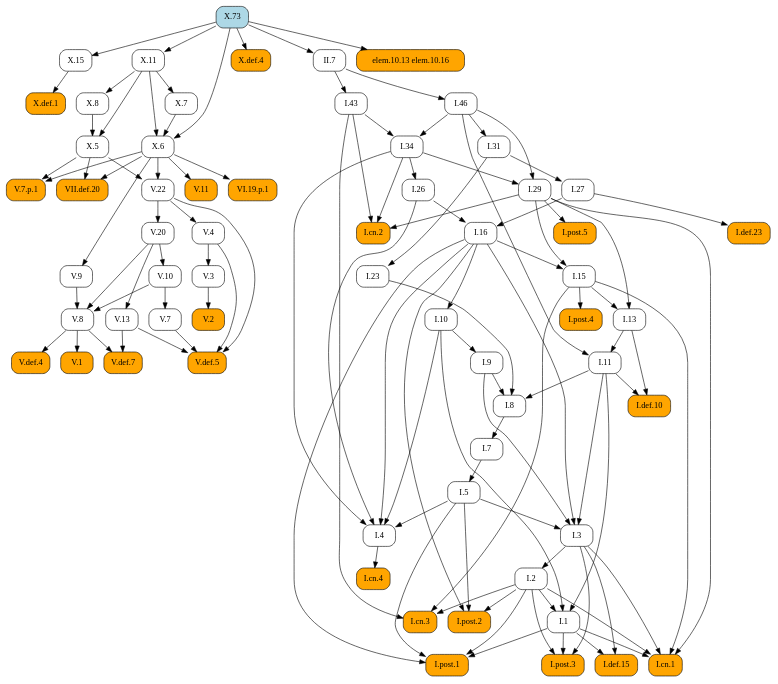
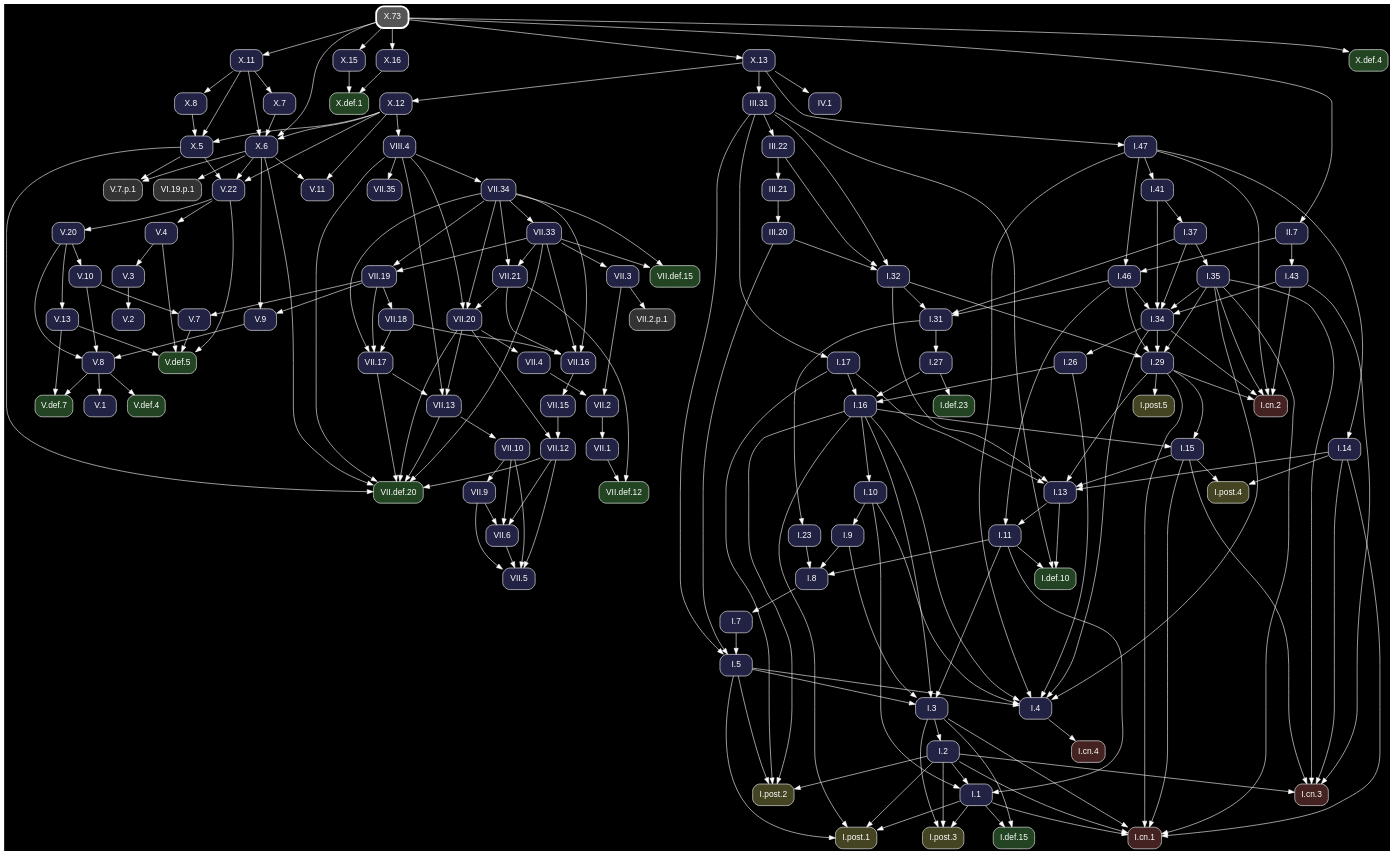
One commit to geometor/elements changed the diagram in docsrc/heath/X/73/index.rst. Above: the diagram before and after it, drawn with Graphviz. The commit also changed other lines of this file and 1200 other files, not shown here.

Commit message:
update dependency graphs

```diff
--- a/docsrc/heath/X/73/index.rst
+++ b/docsrc/heath/X/73/index.rst
@@ -38,175 +38,313 @@
 .. graphviz::
 
    digraph {
+     bgcolor="black";
+     node [shape=box, style="rounded,filled", fontname="Helvetica", color="white", fontcolor="white"];
+     edge [color="white", fontcolor="white"];
      rankdir="TB";
-     node [shape=box, style=rounded];
-     "I.23" [URL="/heath/I/23/", target="_top"];
-     "X.15" [URL="/heath/X/15/", target="_top"];
-     "I.9" [URL="/heath/I/9/", target="_top"];
-     "X.11" [URL="/heath/X/11/", target="_top"];
-     "I.def.15" [style="rounded,filled", fillcolor=orange, URL="/heath/I/def.15/", target="_top"];
-     "V.13" [URL="/heath/V/13/", target="_top"];
-     "V.7" [URL="/heath/V/7/", target="_top"];
-     "V.7.p.1" [style="rounded,filled", fillcolor=orange];
-     "X.8" [URL="/heath/X/8/", target="_top"];
-     "I.post.3" [style="rounded,filled", fillcolor=orange, URL="/heath/I/post.3/", target="_top"];
-     "I.post.1" [style="rounded,filled", fillcolor=orange, URL="/heath/I/post.1/", target="_top"];
-     "V.def.5" [style="rounded,filled", fillcolor=orange, URL="/heath/V/def.5/", target="_top"];
-     "I.43" [URL="/heath/I/43/", target="_top"];
-     "X.6" [URL="/heath/X/6/", target="_top"];
-     "V.9" [URL="/heath/V/9/", target="_top"];
-     "I.31" [URL="/heath/I/31/", target="_top"];
-     "I.def.10" [style="rounded,filled", fillcolor=orange, URL="/heath/I/def.10/", target="_top"];
-     "V.10" [URL="/heath/V/10/", target="_top"];
-     "V.4" [URL="/heath/V/4/", target="_top"];
-     "X.def.4" [style="rounded,filled", fillcolor=orange, URL="/heath/X/def.4/", target="_top"];
-     "V.20" [URL="/heath/V/20/", target="_top"];
-     "I.27" [URL="/heath/I/27/", target="_top"];
-     "V.11" [style="rounded,filled", fillcolor=orange, URL="/heath/V/11/", target="_top"];
-     "II.7" [URL="/heath/II/7/", target="_top"];
-     "I.34" [URL="/heath/I/34/", target="_top"];
-     "VII.def.20" [style="rounded,filled", fillcolor=orange, URL="/heath/VII/def.20/", target="_top"];
-     "I.3" [URL="/heath/I/3/", target="_top"];
-     "V.def.4" [style="rounded,filled", fillcolor=orange, URL="/heath/V/def.4/", target="_top"];
-     "elem.10.13 elem.10.16" [style="rounded,filled", fillcolor=orange];
-     "V.2" [style="rounded,filled", fillcolor=orange, URL="/heath/V/2/", target="_top"];
-     "I.cn.1" [style="rounded,filled", fillcolor=orange, URL="/heath/I/cn.1/", target="_top"];
-     "V.def.7" [style="rounded,filled", fillcolor=orange, URL="/heath/V/def.7/", target="_top"];
-     "I.7" [URL="/heath/I/7/", target="_top"];
-     "I.2" [URL="/heath/I/2/", target="_top"];
-     "X.73" [style="rounded,filled", fillcolor=lightblue, URL="/heath/X/73/", target="_top"];
-     "V.3" [URL="/heath/V/3/", target="_top"];
-     "I.13" [URL="/heath/I/13/", target="_top"];
-     "I.post.4" [style="rounded,filled", fillcolor=orange, URL="/heath/I/post.4/", target="_top"];
-     "X.def.1" [style="rounded,filled", fillcolor=orange, URL="/heath/X/def.1/", target="_top"];
-     "I.4" [URL="/heath/I/4/", target="_top"];
-     "I.1" [URL="/heath/I/1/", target="_top"];
-     "X.5" [URL="/heath/X/5/", target="_top"];
-     "I.5" [URL="/heath/I/5/", target="_top"];
-     "I.8" [URL="/heath/I/8/", target="_top"];
-     "VI.19.p.1" [style="rounded,filled", fillcolor=orange];
-     "I.cn.3" [style="rounded,filled", fillcolor=orange, URL="/heath/I/cn.3/", target="_top"];
-     "I.29" [URL="/heath/I/29/", target="_top"];
-     "I.16" [URL="/heath/I/16/", target="_top"];
-     "V.8" [URL="/heath/V/8/", target="_top"];
-     "X.7" [URL="/heath/X/7/", target="_top"];
-     "I.15" [URL="/heath/I/15/", target="_top"];
-     "V.22" [URL="/heath/V/22/", target="_top"];
-     "I.11" [URL="/heath/I/11/", target="_top"];
-     "V.1" [style="rounded,filled", fillcolor=orange, URL="/heath/V/1/", target="_top"];
-     "I.def.23" [style="rounded,filled", fillcolor=orange, URL="/heath/I/def.23/", target="_top"];
-     "I.10" [URL="/heath/I/10/", target="_top"];
-     "I.cn.2" [style="rounded,filled", fillcolor=orange, URL="/heath/I/cn.2/", target="_top"];
-     "I.post.5" [style="rounded,filled", fillcolor=orange, URL="/heath/I/post.5/", target="_top"];
-     "I.cn.4" [style="rounded,filled", fillcolor=orange, URL="/heath/I/cn.4/", target="_top"];
-     "I.post.2" [style="rounded,filled", fillcolor=orange, URL="/heath/I/post.2/", target="_top"];
-     "I.46" [URL="/heath/I/46/", target="_top"];
-     "I.26" [URL="/heath/I/26/", target="_top"];
-     "I.31" -> "I.23";
+     "VII.33" [fillcolor="#222244", URL="/heath/VII/33/", target="_top"];
+     "X.6" [fillcolor="#222244", URL="/heath/X/6/", target="_top"];
+     "I.32" [fillcolor="#222244", URL="/heath/I/32/", target="_top"];
+     "VII.18" [fillcolor="#222244", URL="/heath/VII/18/", target="_top"];
+     "I.cn.1" [fillcolor="#442222", URL="/heath/I/cn.1/", target="_top"];
+     "VII.2" [fillcolor="#222244", URL="/heath/VII/2/", target="_top"];
+     "X.15" [fillcolor="#222244", URL="/heath/X/15/", target="_top"];
+     "I.27" [fillcolor="#222244", URL="/heath/I/27/", target="_top"];
+     "I.2" [fillcolor="#222244", URL="/heath/I/2/", target="_top"];
+     "I.41" [fillcolor="#222244", URL="/heath/I/41/", target="_top"];
+     "I.43" [fillcolor="#222244", URL="/heath/I/43/", target="_top"];
+     "I.post.4" [fillcolor="#444422", URL="/heath/I/post.4/", target="_top"];
+     "X.16" [fillcolor="#222244", URL="/heath/X/16/", target="_top"];
+     "II.7" [fillcolor="#222244", URL="/heath/II/7/", target="_top"];
+     "VII.4" [fillcolor="#222244", URL="/heath/VII/4/", target="_top"];
+     "I.26" [fillcolor="#222244", URL="/heath/I/26/", target="_top"];
+     "I.8" [fillcolor="#222244", URL="/heath/I/8/", target="_top"];
+     "V.4" [fillcolor="#222244", URL="/heath/V/4/", target="_top"];
+     "VII.9" [fillcolor="#222244", URL="/heath/VII/9/", target="_top"];
+     "I.7" [fillcolor="#222244", URL="/heath/I/7/", target="_top"];
+     "I.5" [fillcolor="#222244", URL="/heath/I/5/", target="_top"];
+     "VII.17" [fillcolor="#222244", URL="/heath/VII/17/", target="_top"];
+     "V.11" [fillcolor="#222244", URL="/heath/V/11/", target="_top"];
+     "V.def.4" [fillcolor="#224422", URL="/heath/V/def.4/", target="_top"];
+     "V.20" [fillcolor="#222244", URL="/heath/V/20/", target="_top"];
+     "X.73" [penwidth=3, color="white", fillcolor="#555555", URL="/heath/X/73/", target="_top"];
+     "VII.5" [fillcolor="#222244", URL="/heath/VII/5/", target="_top"];
+     "VII.34" [fillcolor="#222244", URL="/heath/VII/34/", target="_top"];
+     "X.5" [fillcolor="#222244", URL="/heath/X/5/", target="_top"];
+     "I.11" [fillcolor="#222244", URL="/heath/I/11/", target="_top"];
+     "I.37" [fillcolor="#222244", URL="/heath/I/37/", target="_top"];
+     "I.cn.3" [fillcolor="#442222", URL="/heath/I/cn.3/", target="_top"];
+     "III.21" [fillcolor="#222244", URL="/heath/III/21/", target="_top"];
+     "I.post.2" [fillcolor="#444422", URL="/heath/I/post.2/", target="_top"];
+     "VII.6" [fillcolor="#222244", URL="/heath/VII/6/", target="_top"];
+     "VII.16" [fillcolor="#222244", URL="/heath/VII/16/", target="_top"];
+     "VII.15" [fillcolor="#222244", URL="/heath/VII/15/", target="_top"];
+     "I.def.23" [fillcolor="#224422", URL="/heath/I/def.23/", target="_top"];
+     "X.8" [fillcolor="#222244", URL="/heath/X/8/", target="_top"];
+     "I.35" [fillcolor="#222244", URL="/heath/I/35/", target="_top"];
+     "VII.def.12" [fillcolor="#224422", URL="/heath/VII/def.12/", target="_top"];
+     "I.post.3" [fillcolor="#444422", URL="/heath/I/post.3/", target="_top"];
+     "V.13" [fillcolor="#222244", URL="/heath/V/13/", target="_top"];
+     "III.31" [fillcolor="#222244", URL="/heath/III/31/", target="_top"];
+     "VII.19" [fillcolor="#222244", URL="/heath/VII/19/", target="_top"];
+     "V.8" [fillcolor="#222244", URL="/heath/V/8/", target="_top"];
+     "III.20" [fillcolor="#222244", URL="/heath/III/20/", target="_top"];
+     "VII.3" [fillcolor="#222244", URL="/heath/VII/3/", target="_top"];
+     "VII.35" [fillcolor="#222244", URL="/heath/VII/35/", target="_top"];
+     "V.10" [fillcolor="#222244", URL="/heath/V/10/", target="_top"];
+     "I.17" [fillcolor="#222244", URL="/heath/I/17/", target="_top"];
+     "V.def.5" [fillcolor="#224422", URL="/heath/V/def.5/", target="_top"];
+     "V.22" [fillcolor="#222244", URL="/heath/V/22/", target="_top"];
+     "I.31" [fillcolor="#222244", URL="/heath/I/31/", target="_top"];
+     "I.3" [fillcolor="#222244", URL="/heath/I/3/", target="_top"];
+     "I.def.10" [fillcolor="#224422", URL="/heath/I/def.10/", target="_top"];
+     "I.15" [fillcolor="#222244", URL="/heath/I/15/", target="_top"];
+     "VII.def.20" [fillcolor="#224422", URL="/heath/VII/def.20/", target="_top"];
+     "X.11" [fillcolor="#222244", URL="/heath/X/11/", target="_top"];
+     "I.13" [fillcolor="#222244", URL="/heath/I/13/", target="_top"];
+     "X.7" [fillcolor="#222244", URL="/heath/X/7/", target="_top"];
+     "X.def.4" [fillcolor="#224422", URL="/heath/X/def.4/", target="_top"];
+     "I.cn.2" [fillcolor="#442222", URL="/heath/I/cn.2/", target="_top"];
+     "VII.1" [fillcolor="#222244", URL="/heath/VII/1/", target="_top"];
+     "I.9" [fillcolor="#222244", URL="/heath/I/9/", target="_top"];
+     "VII.13" [fillcolor="#222244", URL="/heath/VII/13/", target="_top"];
+     "VI.19.p.1" [fillcolor="#333333"];
+     "I.1" [fillcolor="#222244", URL="/heath/I/1/", target="_top"];
+     "I.post.5" [fillcolor="#444422", URL="/heath/I/post.5/", target="_top"];
+     "I.23" [fillcolor="#222244", URL="/heath/I/23/", target="_top"];
+     "I.4" [fillcolor="#222244", URL="/heath/I/4/", target="_top"];
+     "VII.21" [fillcolor="#222244", URL="/heath/VII/21/", target="_top"];
+     "X.13" [fillcolor="#222244", URL="/heath/X/13/", target="_top"];
+     "V.7" [fillcolor="#222244", URL="/heath/V/7/", target="_top"];
+     "VII.12" [fillcolor="#222244", URL="/heath/VII/12/", target="_top"];
+     "V.9" [fillcolor="#222244", URL="/heath/V/9/", target="_top"];
+     "I.10" [fillcolor="#222244", URL="/heath/I/10/", target="_top"];
+     "X.12" [fillcolor="#222244", URL="/heath/X/12/", target="_top"];
+     "I.46" [fillcolor="#222244", URL="/heath/I/46/", target="_top"];
+     "III.22" [fillcolor="#222244", URL="/heath/III/22/", target="_top"];
+     "V.def.7" [fillcolor="#224422", URL="/heath/V/def.7/", target="_top"];
+     "VII.20" [fillcolor="#222244", URL="/heath/VII/20/", target="_top"];
+     "I.post.1" [fillcolor="#444422", URL="/heath/I/post.1/", target="_top"];
+     "IV.1" [fillcolor="#222244", URL="/heath/IV/1/", target="_top"];
+     "I.16" [fillcolor="#222244", URL="/heath/I/16/", target="_top"];
+     "VII.def.15" [fillcolor="#224422", URL="/heath/VII/def.15/", target="_top"];
+     "I.29" [fillcolor="#222244", URL="/heath/I/29/", target="_top"];
+     "VII.2.p.1" [fillcolor="#333333"];
+     "I.cn.4" [fillcolor="#442222", URL="/heath/I/cn.4/", target="_top"];
+     "I.47" [fillcolor="#222244", URL="/heath/I/47/", target="_top"];
+     "I.14" [fillcolor="#222244", URL="/heath/I/14/", target="_top"];
+     "V.2" [fillcolor="#222244", URL="/heath/V/2/", target="_top"];
+     "V.1" [fillcolor="#222244", URL="/heath/V/1/", target="_top"];
+     "VII.10" [fillcolor="#222244", URL="/heath/VII/10/", target="_top"];
+     "X.def.1" [fillcolor="#224422", URL="/heath/X/def.1/", target="_top"];
+     "VIII.4" [fillcolor="#222244", URL="/heath/VIII/4/", target="_top"];
+     "V.7.p.1" [fillcolor="#333333"];
+     "I.34" [fillcolor="#222244", URL="/heath/I/34/", target="_top"];
+     "I.def.15" [fillcolor="#224422", URL="/heath/I/def.15/", target="_top"];
+     "V.3" [fillcolor="#222244", URL="/heath/V/3/", target="_top"];
+     "VII.34" -> "VII.33";
+     "X.7" -> "X.6";
+     "X.11" -> "X.6";
+     "X.12" -> "X.6";
+     "X.73" -> "X.6";
+     "III.20" -> "I.32";
+     "III.22" -> "I.32";
+     "III.31" -> "I.32";
+     "VII.19" -> "VII.18";
+     "I.1" -> "I.cn.1";
+     "I.2" -> "I.cn.1";
+     "I.3" -> "I.cn.1";
+     "I.14" -> "I.cn.1";
+     "I.15" -> "I.cn.1";
+     "I.29" -> "I.cn.1";
+     "I.35" -> "I.cn.1";
+     "VII.3" -> "VII.2";
+     "VII.4" -> "VII.2";
      "X.73" -> "X.15";
-     "I.10" -> "I.9";
-     "X.73" -> "X.11";
-     "I.1" -> "I.def.15";
-     "I.3" -> "I.def.15";
-     "V.20" -> "V.13";
-     "V.10" -> "V.7";
-     "X.5" -> "V.7.p.1";
-     "X.6" -> "V.7.p.1";
+     "I.31" -> "I.27";
+     "I.3" -> "I.2";
+     "I.47" -> "I.41";
+     "II.7" -> "I.43";
+     "I.14" -> "I.post.4";
+     "I.15" -> "I.post.4";
+     "X.73" -> "X.16";
+     "X.73" -> "II.7";
+     "VII.20" -> "VII.4";
+     "I.34" -> "I.26";
+     "I.9" -> "I.8";
+     "I.11" -> "I.8";
+     "I.23" -> "I.8";
+     "V.22" -> "V.4";
+     "VII.10" -> "VII.9";
+     "I.8" -> "I.7";
+     "I.7" -> "I.5";
+     "III.20" -> "I.5";
+     "III.31" -> "I.5";
+     "VII.18" -> "VII.17";
+     "VII.19" -> "VII.17";
+     "VII.34" -> "VII.17";
+     "X.6" -> "V.11";
+     "X.12" -> "V.11";
+     "V.8" -> "V.def.4";
+     "V.22" -> "V.20";
+     "VII.6" -> "VII.5";
+     "VII.9" -> "VII.5";
+     "VII.10" -> "VII.5";
+     "VII.12" -> "VII.5";
+     "VIII.4" -> "VII.34";
+     "X.8" -> "X.5";
+     "X.11" -> "X.5";
+     "X.12" -> "X.5";
+     "I.13" -> "I.11";
+     "I.46" -> "I.11";
+     "I.41" -> "I.37";
+     "I.2" -> "I.cn.3";
+     "I.14" -> "I.cn.3";
+     "I.15" -> "I.cn.3";
+     "I.35" -> "I.cn.3";
+     "I.43" -> "I.cn.3";
+     "III.22" -> "III.21";
+     "I.2" -> "I.post.2";
+     "I.5" -> "I.post.2";
+     "I.16" -> "I.post.2";
+     "I.17" -> "I.post.2";
+     "VII.9" -> "VII.6";
+     "VII.10" -> "VII.6";
+     "VII.12" -> "VII.6";
+     "VII.18" -> "VII.16";
+     "VII.21" -> "VII.16";
+     "VII.33" -> "VII.16";
+     "VII.34" -> "VII.16";
+     "VII.16" -> "VII.15";
+     "I.27" -> "I.def.23";
      "X.11" -> "X.8";
+     "I.37" -> "I.35";
+     "VII.1" -> "VII.def.12";
+     "VII.21" -> "VII.def.12";
      "I.1" -> "I.post.3";
      "I.2" -> "I.post.3";
      "I.3" -> "I.post.3";
-     "I.1" -> "I.post.1";
-     "I.2" -> "I.post.1";
-     "I.5" -> "I.post.1";
-     "I.16" -> "I.post.1";
+     "V.20" -> "V.13";
+     "X.13" -> "III.31";
+     "VII.33" -> "VII.19";
+     "VII.34" -> "VII.19";
+     "V.9" -> "V.8";
+     "V.10" -> "V.8";
+     "V.20" -> "V.8";
+     "III.21" -> "III.20";
+     "VII.33" -> "VII.3";
+     "VIII.4" -> "VII.35";
+     "V.20" -> "V.10";
+     "III.31" -> "I.17";
      "V.4" -> "V.def.5";
      "V.7" -> "V.def.5";
      "V.13" -> "V.def.5";
      "V.22" -> "V.def.5";
-     "II.7" -> "I.43";
-     "X.7" -> "X.6";
-     "X.11" -> "X.6";
-     "X.73" -> "X.6";
-     "X.6" -> "V.9";
+     "X.5" -> "V.22";
+     "X.6" -> "V.22";
+     "X.12" -> "V.22";
+     "I.32" -> "I.31";
+     "I.37" -> "I.31";
      "I.46" -> "I.31";
-     "I.11" -> "I.def.10";
-     "I.13" -> "I.def.10";
-     "V.20" -> "V.10";
-     "V.22" -> "V.4";
-     "X.73" -> "X.def.4";
-     "V.22" -> "V.20";
-     "I.31" -> "I.27";
-     "X.6" -> "V.11";
-     "X.73" -> "II.7";
-     "I.43" -> "I.34";
-     "I.46" -> "I.34";
-     "X.5" -> "VII.def.20";
-     "X.6" -> "VII.def.20";
      "I.5" -> "I.3";
      "I.9" -> "I.3";
      "I.11" -> "I.3";
      "I.16" -> "I.3";
-     "V.8" -> "V.def.4";
-     "X.73" -> "elem.10.13 elem.10.16";
-     "V.3" -> "V.2";
-     "I.1" -> "I.cn.1";
-     "I.2" -> "I.cn.1";
-     "I.3" -> "I.cn.1";
-     "I.15" -> "I.cn.1";
-     "I.29" -> "I.cn.1";
-     "V.8" -> "V.def.7";
-     "V.13" -> "V.def.7";
-     "I.8" -> "I.7";
-     "I.3" -> "I.2";
-     "V.4" -> "V.3";
+     "I.11" -> "I.def.10";
+     "I.13" -> "I.def.10";
+     "III.31" -> "I.def.10";
+     "I.16" -> "I.15";
+     "I.29" -> "I.15";
+     "VII.12" -> "VII.def.20";
+     "VII.13" -> "VII.def.20";
+     "VII.17" -> "VII.def.20";
+     "VII.20" -> "VII.def.20";
+     "VII.33" -> "VII.def.20";
+     "VIII.4" -> "VII.def.20";
+     "X.5" -> "VII.def.20";
+     "X.6" -> "VII.def.20";
+     "X.73" -> "X.11";
+     "I.14" -> "I.13";
      "I.15" -> "I.13";
+     "I.17" -> "I.13";
      "I.29" -> "I.13";
-     "I.15" -> "I.post.4";
-     "X.15" -> "X.def.1";
+     "I.32" -> "I.13";
+     "X.11" -> "X.7";
+     "X.73" -> "X.def.4";
+     "I.29" -> "I.cn.2";
+     "I.34" -> "I.cn.2";
+     "I.35" -> "I.cn.2";
+     "I.43" -> "I.cn.2";
+     "I.47" -> "I.cn.2";
+     "VII.2" -> "VII.1";
+     "I.10" -> "I.9";
+     "VII.17" -> "VII.13";
+     "VII.20" -> "VII.13";
+     "VIII.4" -> "VII.13";
+     "X.6" -> "VI.19.p.1";
+     "I.2" -> "I.1";
+     "I.10" -> "I.1";
+     "I.11" -> "I.1";
+     "I.29" -> "I.post.5";
+     "I.31" -> "I.23";
      "I.5" -> "I.4";
      "I.10" -> "I.4";
      "I.16" -> "I.4";
      "I.26" -> "I.4";
      "I.34" -> "I.4";
-     "I.2" -> "I.1";
-     "I.10" -> "I.1";
-     "I.11" -> "I.1";
-     "X.8" -> "X.5";
-     "X.11" -> "X.5";
-     "I.7" -> "I.5";
-     "I.9" -> "I.8";
-     "I.11" -> "I.8";
-     "I.23" -> "I.8";
-     "X.6" -> "VI.19.p.1";
-     "I.2" -> "I.cn.3";
-     "I.15" -> "I.cn.3";
-     "I.43" -> "I.cn.3";
-     "I.34" -> "I.29";
-     "I.46" -> "I.29";
+     "I.35" -> "I.4";
+     "I.47" -> "I.4";
+     "VII.33" -> "VII.21";
+     "VII.34" -> "VII.21";
+     "X.73" -> "X.13";
+     "V.10" -> "V.7";
+     "VII.19" -> "V.7";
+     "VII.15" -> "VII.12";
+     "VII.20" -> "VII.12";
+     "VII.19" -> "V.9";
+     "X.6" -> "V.9";
+     "I.16" -> "I.10";
+     "X.13" -> "X.12";
+     "I.47" -> "I.46";
+     "II.7" -> "I.46";
+     "III.31" -> "III.22";
+     "V.8" -> "V.def.7";
+     "V.13" -> "V.def.7";
+     "VII.21" -> "VII.20";
+     "VII.34" -> "VII.20";
+     "VIII.4" -> "VII.20";
+     "I.1" -> "I.post.1";
+     "I.2" -> "I.post.1";
+     "I.5" -> "I.post.1";
+     "I.16" -> "I.post.1";
+     "X.13" -> "IV.1";
+     "I.17" -> "I.16";
      "I.26" -> "I.16";
      "I.27" -> "I.16";
-     "V.9" -> "V.8";
-     "V.10" -> "V.8";
-     "V.20" -> "V.8";
-     "X.11" -> "X.7";
-     "I.16" -> "I.15";
-     "I.29" -> "I.15";
-     "X.5" -> "V.22";
-     "X.6" -> "V.22";
-     "I.13" -> "I.11";
-     "I.46" -> "I.11";
+     "VII.33" -> "VII.def.15";
+     "VII.34" -> "VII.def.15";
+     "I.32" -> "I.29";
+     "I.34" -> "I.29";
+     "I.35" -> "I.29";
+     "I.46" -> "I.29";
+     "VII.3" -> "VII.2.p.1";
+     "I.4" -> "I.cn.4";
+     "X.13" -> "I.47";
+     "I.47" -> "I.14";
+     "V.3" -> "V.2";
      "V.8" -> "V.1";
-     "I.27" -> "I.def.23";
-     "I.16" -> "I.10";
-     "I.29" -> "I.cn.2";
-     "I.34" -> "I.cn.2";
-     "I.43" -> "I.cn.2";
-     "I.29" -> "I.post.5";
-     "I.4" -> "I.cn.4";
-     "I.2" -> "I.post.2";
-     "I.5" -> "I.post.2";
-     "I.16" -> "I.post.2";
-     "II.7" -> "I.46";
-     "I.34" -> "I.26";
+     "VII.13" -> "VII.10";
+     "X.15" -> "X.def.1";
+     "X.16" -> "X.def.1";
+     "X.12" -> "VIII.4";
+     "X.5" -> "V.7.p.1";
+     "X.6" -> "V.7.p.1";
+     "I.35" -> "I.34";
+     "I.37" -> "I.34";
+     "I.41" -> "I.34";
+     "I.43" -> "I.34";
+     "I.46" -> "I.34";
+     "I.1" -> "I.def.15";
+     "I.3" -> "I.def.15";
+     "V.4" -> "V.3";
    }
```
